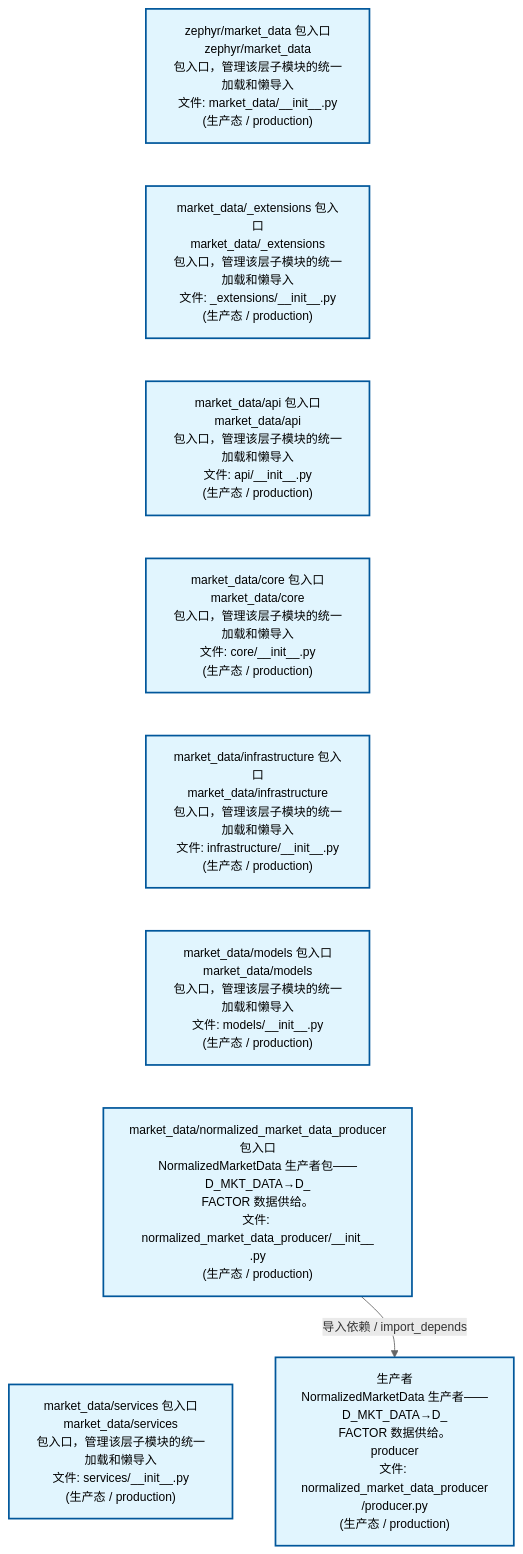
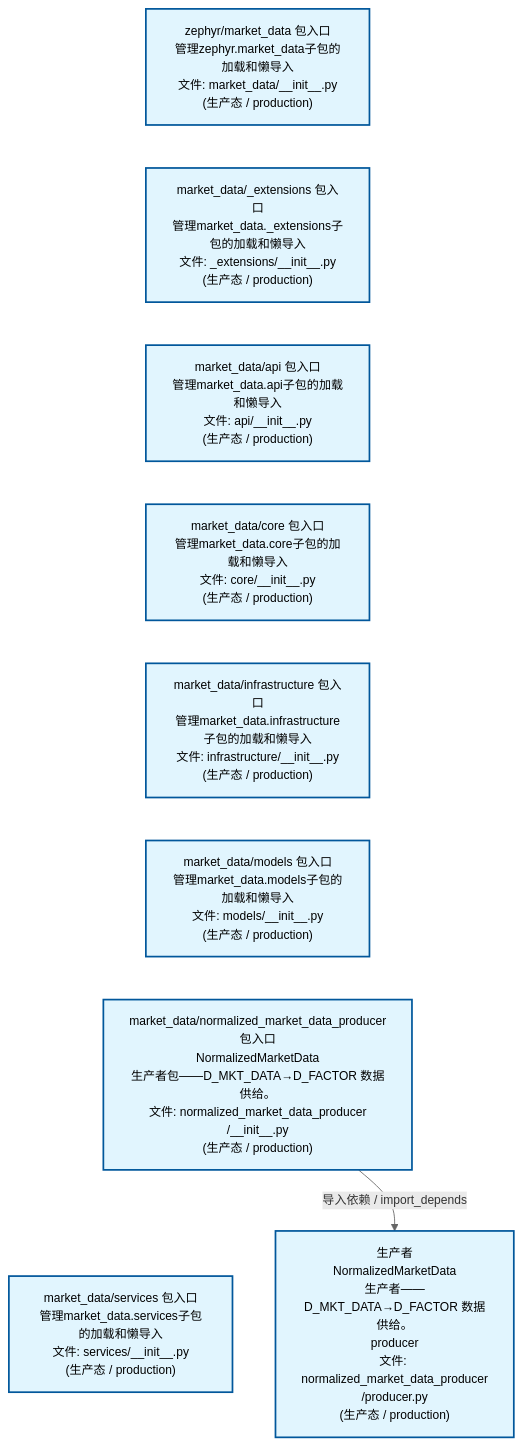
Before and after one commit to xuanFelixVan/ZephyrAlpha: the second of 4 diagrams in docs/02_enterprise_architecture/02_domain_architecture_docs/23_d_mkt_data.md, drawn with Mermaid. The commit also changed other lines of this file and 59 other files, not shown here.

````diff
--- a/docs/02_enterprise_architecture/02_domain_architecture_docs/23_d_mkt_data.md
+++ b/docs/02_enterprise_architecture/02_domain_architecture_docs/23_d_mkt_data.md
@@ -112,26 +112,26 @@
 ```mermaid
 %%{init: {'theme': 'base', 'themeVariables': {'primaryColor': '#eaeaea', 'primaryTextColor': '#333333', 'primaryBorderColor': '#666666', 'lineColor': '#666666', 'secondaryColor': '#eaeaea', 'tertiaryColor': '#eaeaea', 'fontSize': '14px'}}}%%
 flowchart TD
-    src_zephyr_market_data_init_py["zephyr/market_data 包入口<br/>zephyr/market_data<br/>包入口，管理该层子模块的统一加载和懒导入<br/>文件: market_data/__init__.py<br/>(生产态 / production)"]
-    src_zephyr_market_data_extensions_init_py["market_data/_extensions 包入口<br/>market_data/_extensions<br/>包入口，管理该层子模块的统一加载和懒导入<br/>文件: _extensions/__init__.py<br/>(生产态 / production)"]
-    src_zephyr_market_data_api_init_py["market_data/api 包入口<br/>market_data/api<br/>包入口，管理该层子模块的统一加载和懒导入<br/>文件: api/__init__.py<br/>(生产态 / production)"]
-    src_zephyr_market_data_core_init_py["market_data/core 包入口<br/>market_data/core<br/>包入口，管理该层子模块的统一加载和懒导入<br/>文件: core/__init__.py<br/>(生产态 / production)"]
-    src_zephyr_market_data_infrastructure_init_py["market_data/infrastructure 包入口<br/>market_data/infrastructure<br/>包入口，管理该层子模块的统一加载和懒导入<br/>文件: infrastructure/__init__.py<br/>(生产态 / production)"]
-    src_zephyr_market_data_models_init_py["market_data/models 包入口<br/>market_data/models<br/>包入口，管理该层子模块的统一加载和懒导入<br/>文件: models/__init__.py<br/>(生产态 / production)"]
-    src_zephyr_market_data_normalized_market_data_producer_init_py["market_data/normalized_market_data_producer<br/>包入口<br/>NormalizedMarketData 生产者包——D_MKT_DATA→D_<br/>FACTOR 数据供给。<br/>文件: normalized_market_data_producer/__init__<br/>.py<br/>(生产态 / production)"]
-    src_zephyr_market_data_services_init_py["market_data/services 包入口<br/>market_data/services<br/>包入口，管理该层子模块的统一加载和懒导入<br/>文件: services/__init__.py<br/>(生产态 / production)"]
+    src_zephyr_market_data_init_py["zephyr/market_data 包入口<br/>管理zephyr.market_data子包的加载和懒导入<br/>文件: market_data/__init__.py<br/>(生产态 / production)"]
+    src_zephyr_market_data_extensions_init_py["market_data/_extensions 包入口<br/>管理market_data._extensions子包的加载和懒导入<br/>文件: _extensions/__init__.py<br/>(生产态 / production)"]
+    src_zephyr_market_data_api_init_py["market_data/api 包入口<br/>管理market_data.api子包的加载和懒导入<br/>文件: api/__init__.py<br/>(生产态 / production)"]
+    src_zephyr_market_data_core_init_py["market_data/core 包入口<br/>管理market_data.core子包的加载和懒导入<br/>文件: core/__init__.py<br/>(生产态 / production)"]
+    src_zephyr_market_data_infrastructure_init_py["market_data/infrastructure 包入口<br/>管理market_data.infrastructure子包的加载和懒导入<br/>文件: infrastructure/__init__.py<br/>(生产态 / production)"]
+    src_zephyr_market_data_models_init_py["market_data/models 包入口<br/>管理market_data.models子包的加载和懒导入<br/>文件: models/__init__.py<br/>(生产态 / production)"]
+    src_zephyr_market_data_normalized_market_data_producer_init_py["market_data/normalized_market_data_producer<br/>包入口<br/>NormalizedMarketData<br/>生产者包——D_MKT_DATA→D_FACTOR 数据供给。<br/>文件: normalized_market_data_producer<br/>/__init__.py<br/>(生产态 / production)"]
+    src_zephyr_market_data_services_init_py["market_data/services 包入口<br/>管理market_data.services子包的加载和懒导入<br/>文件: services/__init__.py<br/>(生产态 / production)"]
     src_zephyr_market_data_init_py ~~~ src_zephyr_market_data_extensions_init_py
     src_zephyr_market_data_extensions_init_py ~~~ src_zephyr_market_data_api_init_py
     src_zephyr_market_data_api_init_py ~~~ src_zephyr_market_data_core_init_py
     src_zephyr_market_data_core_init_py ~~~ src_zephyr_market_data_infrastructure_init_py
     src_zephyr_market_data_infrastructure_init_py ~~~ src_zephyr_market_data_models_init_py
     src_zephyr_market_data_models_init_py ~~~ src_zephyr_market_data_normalized_market_data_producer_init_py
     src_zephyr_market_data_normalized_market_data_producer_init_py ~~~ src_zephyr_market_data_services_init_py
-    src_zephyr_market_data_normalized_market_data_producer_producer_py["生产者<br/>NormalizedMarketData 生产者——D_MKT_DATA→D_<br/>FACTOR 数据供给。<br/>producer<br/>文件: normalized_market_data_producer<br/>/producer.py<br/>(生产态 / production)"]
+    src_zephyr_market_data_normalized_market_data_producer_producer_py["生产者<br/>NormalizedMarketData<br/>生产者——D_MKT_DATA→D_FACTOR 数据供给。<br/>producer<br/>文件: normalized_market_data_producer<br/>/producer.py<br/>(生产态 / production)"]
     src_zephyr_market_data_normalized_market_data_producer_init_py -->|导入依赖 / import_depends| src_zephyr_market_data_normalized_market_data_producer_producer_py
     classDef production fill:#e1f5fe,stroke:#01579b,stroke-width:2px,color:#000
     classDef design fill:#fff3e0,stroke:#e65100,stroke-width:2px,color:#000,stroke-dasharray: 5 5
     classDef external_prod fill:#e8f4fd,stroke:#0277bd,stroke-width:1px,color:#000
     classDef external_design fill:#fff8e7,stroke:#ef6c00,stroke-width:1px,color:#000,stroke-dasharray: 5 5
     class src_zephyr_market_data_init_py,src_zephyr_market_data_extensions_init_py,src_zephyr_market_data_api_init_py,src_zephyr_market_data_core_init_py,src_zephyr_market_data_infrastructure_init_py,src_zephyr_market_data_models_init_py,src_zephyr_market_data_normalized_market_data_producer_init_py,src_zephyr_market_data_normalized_market_data_producer_producer_py,src_zephyr_market_data_services_init_py production
 ```
````
